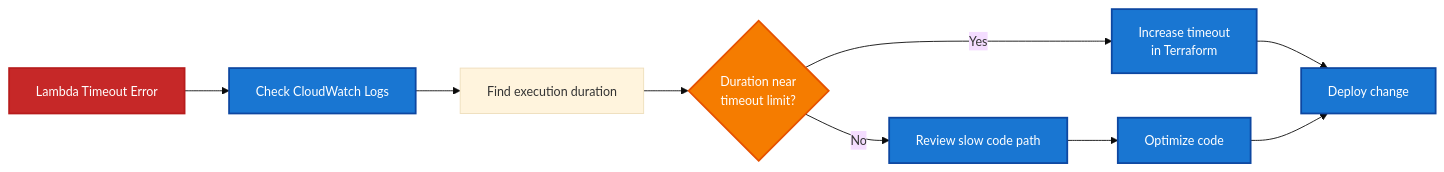
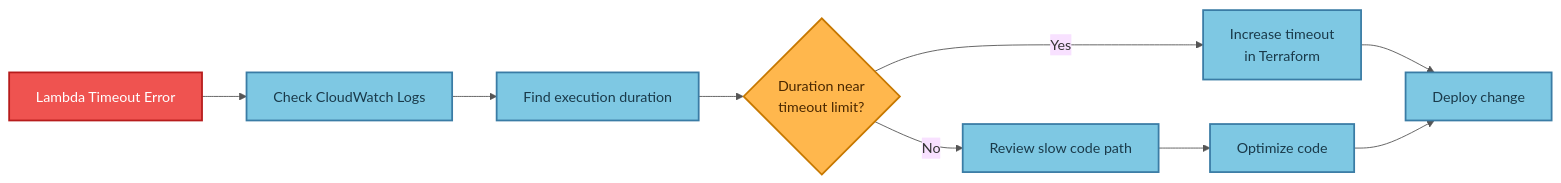
The fifth of 10 diagrams in docs/OPERATIONAL_FLOWS.md (traylorre/sentiment-analyzer-gsk), drawn with Mermaid before and after one commit. The commit also changed other lines of this file and 3 other files, not shown here.

First line of the commit message:
docs: Update mermaid diagrams with better contrast colors

````diff
--- a/docs/OPERATIONAL_FLOWS.md
+++ b/docs/OPERATIONAL_FLOWS.md
@@ -266,20 +266,20 @@
 ```mermaid
-%%{init: {'theme':'base', 'themeVariables': {'fontSize':'14px'}}}%%
+%%{init: {'theme':'base', 'themeVariables': {'primaryColor':'#fff8e1', 'primaryTextColor':'#333', 'primaryBorderColor':'#c9a227', 'lineColor':'#555'}}}%%
 flowchart LR
     Timeout[Lambda Timeout Error] --> CheckLogs[Check CloudWatch Logs]
     CheckLogs --> FindDuration[Find execution duration]
     FindDuration --> Compare{Duration near<br/>timeout limit?}
     Compare -->|Yes| IncreaseTimeout[Increase timeout<br/>in Terraform]
     Compare -->|No| CheckLogic[Review slow code path]
     IncreaseTimeout --> Deploy[Deploy change]
     CheckLogic --> OptimizeCode[Optimize code]
     OptimizeCode --> Deploy
 
-    classDef error fill:#c62828,stroke:#b71c1c,stroke-width:2px,color:#fff
-    classDef decision fill:#f57c00,stroke:#e65100,stroke-width:2px,color:#fff
-    classDef action fill:#1976d2,stroke:#0d47a1,stroke-width:2px,color:#fff
+    classDef errorNode fill:#ef5350,stroke:#b71c1c,stroke-width:2px,color:#fff
+    classDef decisionNode fill:#ffb74d,stroke:#c77800,stroke-width:2px,color:#4a2800
+    classDef actionNode fill:#7ec8e3,stroke:#3a7ca5,stroke-width:2px,color:#1a3a4a
 
-    class Timeout error
-    class Compare decision
-    class CheckLogs,IncreaseTimeout,CheckLogic,OptimizeCode,Deploy action
+    class Timeout errorNode
+    class Compare decisionNode
+    class CheckLogs,IncreaseTimeout,CheckLogic,OptimizeCode,Deploy,FindDuration actionNode
 ```
````
